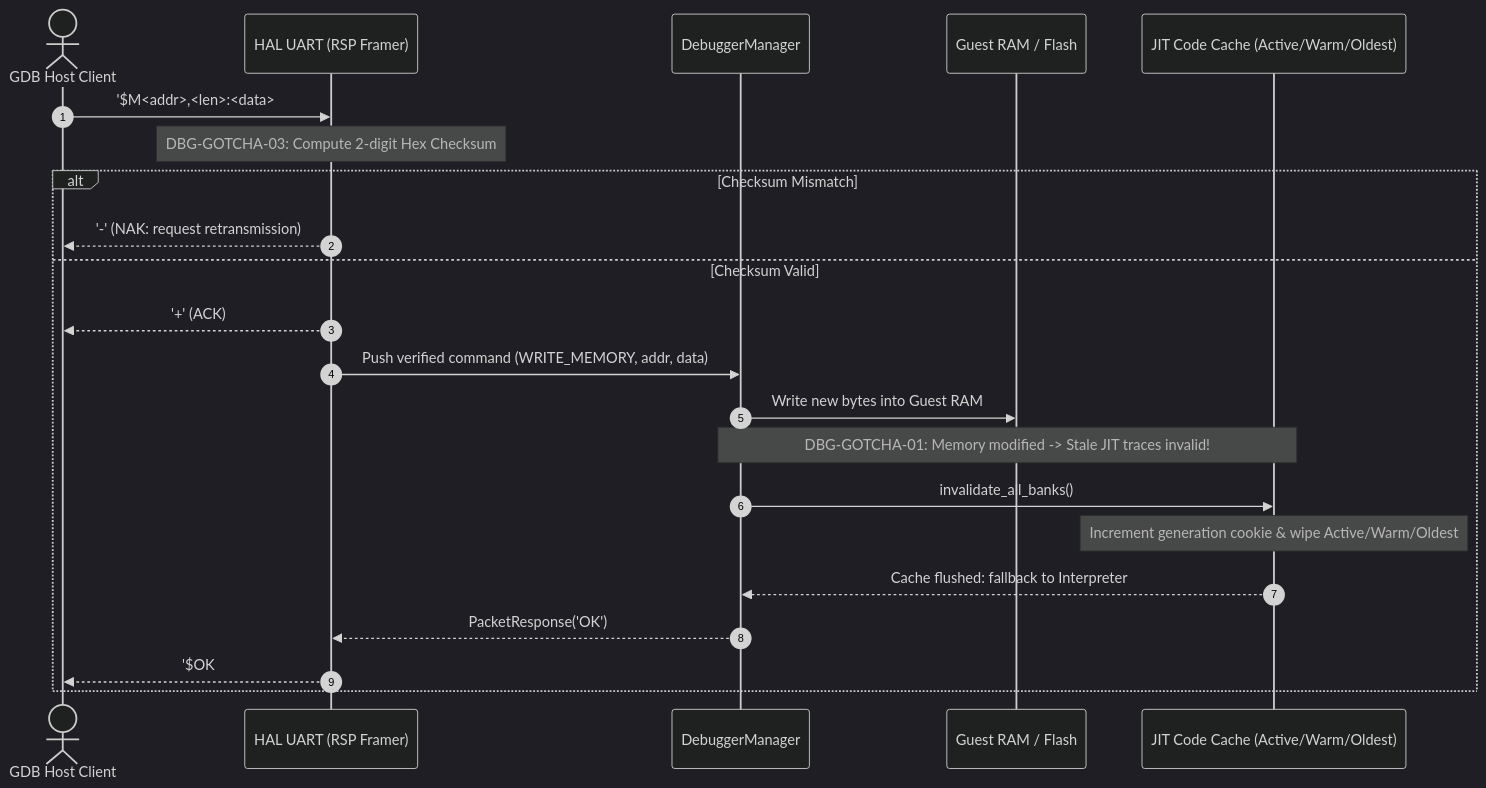
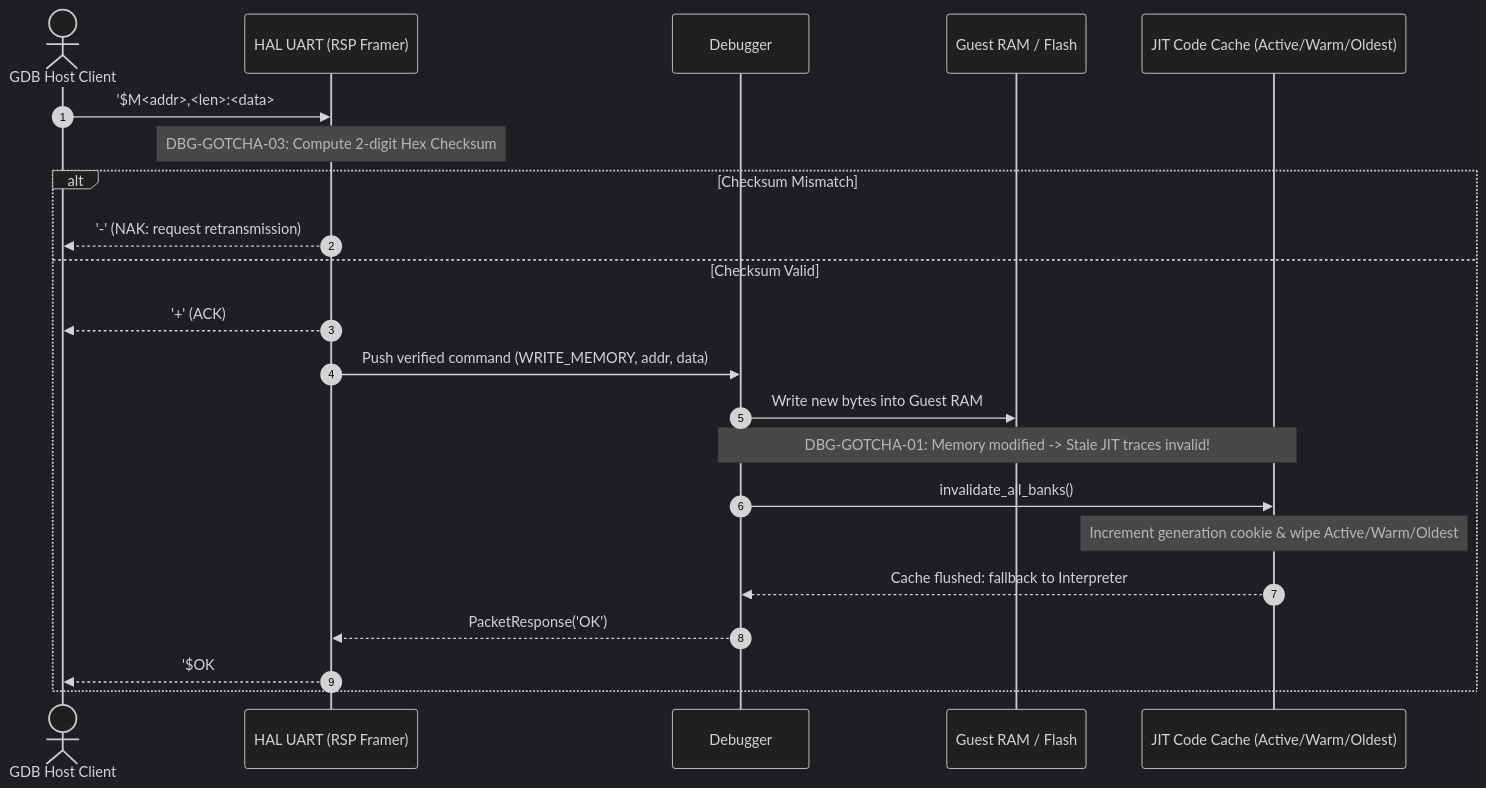
One commit to kmt-t/fireball changed the second of 4 diagrams in docs/components/tier2_runtime/debug_manager.md. Above: the diagram before and after it, drawn with Mermaid (dark theme). The commit also changed other lines of this file and 18 other files, not shown here.

Commit message:
docs: harmonize component diagrams, state transitions, and symlinks across specifications

````diff
--- a/docs/components/tier2_runtime/debug_manager.md
+++ b/docs/components/tier2_runtime/debug_manager.md
@@ -102,25 +102,25 @@
 ```mermaid
 sequenceDiagram
     autonumber
     actor Host as GDB Host Client
     participant HAL as HAL UART (RSP Framer)
-    participant Dbg as DebuggerManager
+    participant Dbg as Debugger
     participant RAM as Guest RAM / Flash
     participant JIT as JIT Code Cache (Active/Warm/Oldest)
 
     Host->>HAL: '$M<addr>,<len>:<data>#<chksum>'
     Note over HAL: DBG-GOTCHA-03: Compute 2-digit Hex Checksum
     alt Checksum Mismatch
         HAL-->>Host: '-' (NAK: request retransmission)
     else Checksum Valid
         HAL-->>Host: '+' (ACK)
         HAL->>Dbg: Push verified command (WRITE_MEMORY, addr, data)
         Dbg->>RAM: Write new bytes into Guest RAM
         Note over Dbg,JIT: DBG-GOTCHA-01: Memory modified -> Stale JIT traces invalid!
         Dbg->>JIT: invalidate_all_banks()
         Note over JIT: Increment generation cookie & wipe Active/Warm/Oldest
         JIT-->>Dbg: Cache flushed: fallback to Interpreter
         Dbg-->>HAL: PacketResponse('OK')
         HAL-->>Host: '$OK#9a'
     end
 ```
````
